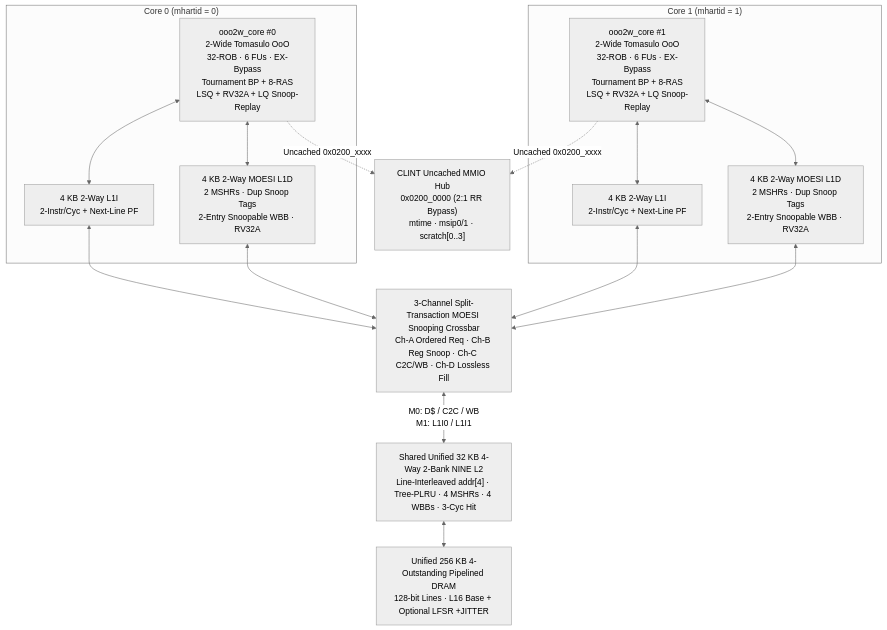
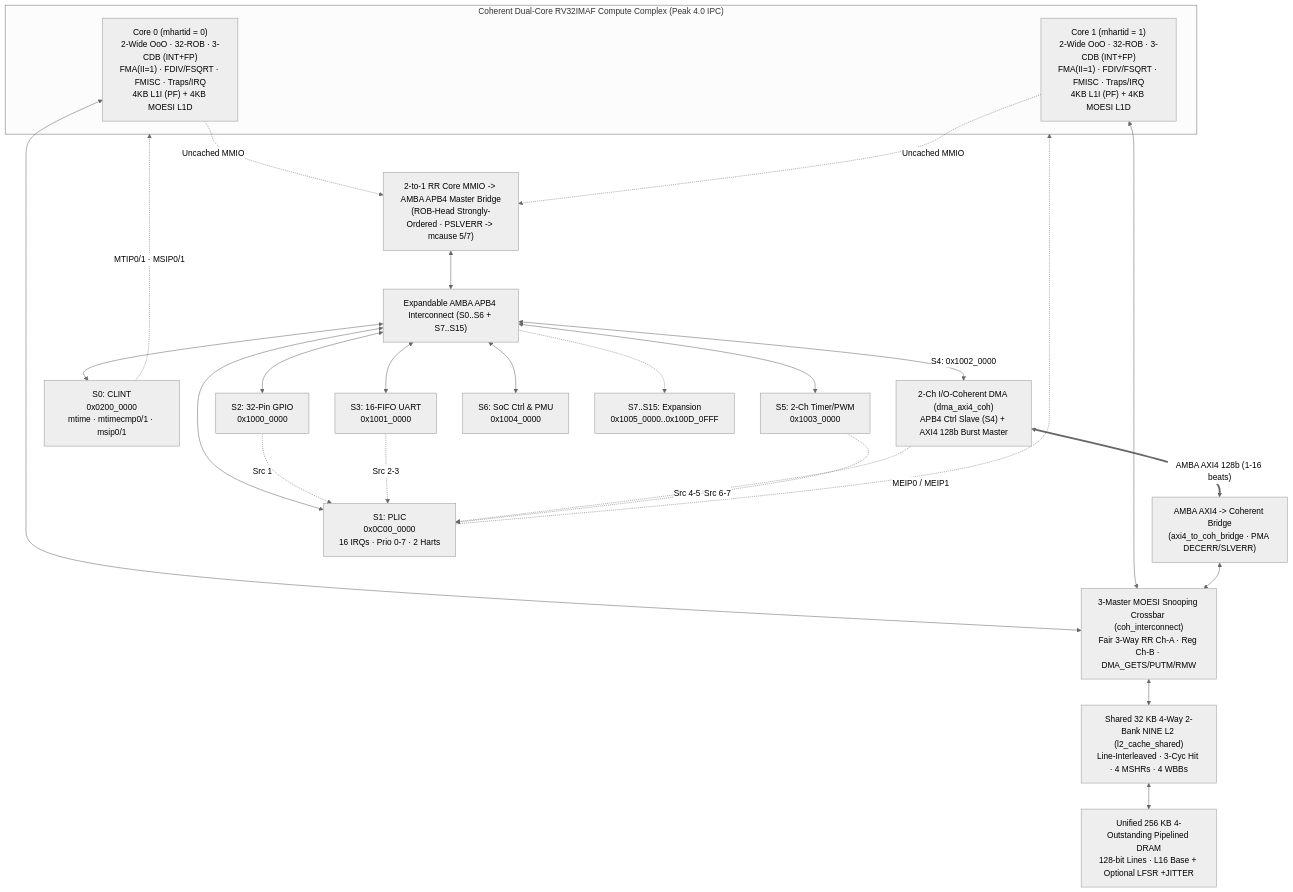
Before and after one commit to MoonisAmir10/Dual-Core-Out-of-Order-RISCV-Core: the diagram in README.md, drawn with Mermaid (neutral theme). The commit also changed other lines of this file and 3 other files, not shown here.

````diff
--- a/README.md
+++ b/README.md
@@ -24,32 +29,49 @@
 ```mermaid
 flowchart TB
-    subgraph C0["Core 0 (mhartid = 0)"]
-        CORE0["ooo2w_core #0<br/>2-Wide Tomasulo OoO<br/>32-ROB · 6 FUs · EX-Bypass<br/>Tournament BP + 8-RAS<br/>LSQ + RV32A + LQ Snoop-Replay"]
-        L1I0["4 KB 2-Way L1I<br/>2-Instr/Cyc + Next-Line PF"]
-        L1D0["4 KB 2-Way MOESI L1D<br/>2 MSHRs · Dup Snoop Tags<br/>2-Entry Snoopable WBB · RV32A"]
-        CORE0 <--> L1I0
-        CORE0 <--> L1D0
+    subgraph CORES["Coherent Dual-Core RV32IMAF Compute Complex (Peak 4.0 IPC)"]
+        C0["Core 0 (mhartid = 0)<br/>2-Wide OoO · 32-ROB · 3-CDB (INT+FP)<br/>FMA(II=1) · FDIV/FSQRT · FMISC · Traps/IRQ<br/>4KB L1I (PF) + 4KB MOESI L1D"]
+        C1["Core 1 (mhartid = 1)<br/>2-Wide OoO · 32-ROB · 3-CDB (INT+FP)<br/>FMA(II=1) · FDIV/FSQRT · FMISC · Traps/IRQ<br/>4KB L1I (PF) + 4KB MOESI L1D"]
     end
 
-    subgraph C1["Core 1 (mhartid = 1)"]
-        CORE1["ooo2w_core #1<br/>2-Wide Tomasulo OoO<br/>32-ROB · 6 FUs · EX-Bypass<br/>Tournament BP + 8-RAS<br/>LSQ + RV32A + LQ Snoop-Replay"]
-        L1I1["4 KB 2-Way L1I<br/>2-Instr/Cyc + Next-Line PF"]
-        L1D1["4 KB 2-Way MOESI L1D<br/>2 MSHRs · Dup Snoop Tags<br/>2-Entry Snoopable WBB · RV32A"]
-        CORE1 <--> L1I1
-        CORE1 <--> L1D1
-    end
-
-    CLINT["CLINT Uncached MMIO Hub<br/>0x0200_0000 (2:1 RR Bypass)<br/>mtime · msip0/1 · scratch[0..3]"]
-    XBAR["3-Channel Split-Transaction MOESI Snooping Crossbar<br/>Ch-A Ordered Req · Ch-B Reg Snoop · Ch-C C2C/WB · Ch-D Lossless Fill"]
-    L2["Shared Unified 32 KB 4-Way 2-Bank NINE L2<br/>Line-Interleaved addr[4] · Tree-PLRU · 4 MSHRs · 4 WBBs · 3-Cyc Hit"]
+    DMA["2-Ch I/O-Coherent DMA (dma_axi4_coh)<br/>APB4 Ctrl Slave (S4) + AXI4 128b Burst Master"]
+    AXIBR["AMBA AXI4 -> Coherent Bridge<br/>(axi4_to_coh_bridge · PMA DECERR/SLVERR)"]
+    XBAR["3-Master MOESI Snooping Crossbar (coh_interconnect)<br/>Fair 3-Way RR Ch-A · Reg Ch-B · DMA_GETS/PUTM/RMW"]
+    L2["Shared 32 KB 4-Way 2-Bank NINE L2 (l2_cache_shared)<br/>Line-Interleaved · 3-Cyc Hit · 4 MSHRs · 4 WBBs"]
     DRAM["Unified 256 KB 4-Outstanding Pipelined DRAM<br/>128-bit Lines · L16 Base + Optional LFSR +JITTER"]
 
-    CORE0 -. "Uncached 0x0200_xxxx" .-> CLINT
-    CORE1 -. "Uncached 0x0200_xxxx" .-> CLINT
-    L1I0 <--> XBAR
-    L1D0 <--> XBAR
-    L1I1 <--> XBAR
-    L1D1 <--> XBAR
-    XBAR <-->|"M0: D$ / C2C / WB<br/>M1: L1I0 / L1I1"| L2
-    L2 <--> DRAM
+    MMIO_BR["2-to-1 RR Core MMIO -> AMBA APB4 Master Bridge<br/>(ROB-Head Strongly-Ordered · PSLVERR -> mcause 5/7)"]
+    APB["Expandable AMBA APB4 Interconnect (S0..S6 + S7..S15)"]
+
+    CLINT["S0: CLINT<br/>0x0200_0000<br/>mtime · mtimecmp0/1 · msip0/1"]
+    PLIC["S1: PLIC<br/>0x0C00_0000<br/>16 IRQs · Prio 0-7 · 2 Harts"]
+    GPIO["S2: 32-Pin GPIO<br/>0x1000_0000"]
+    UART["S3: 16-FIFO UART<br/>0x1001_0000"]
+    TIMER["S5: 2-Ch Timer/PWM<br/>0x1003_0000"]
+    CTRL["S6: SoC Ctrl & PMU<br/>0x1004_0000"]
+    EXP["S7..S15: Expansion<br/>0x1005_0000..0x100D_0FFF"]
+
+    C0 <--> XBAR
+    C1 <--> XBAR
+    DMA <==>|"AMBA AXI4 128b (1-16 beats)"| AXIBR
+    AXIBR <--> XBAR
+    XBAR <--> L2 <--> DRAM
+
+    C0 -. "Uncached MMIO" .-> MMIO_BR
+    C1 -. "Uncached MMIO" .-> MMIO_BR
+    MMIO_BR <--> APB
+    APB <--> CLINT
+    APB <--> PLIC
+    APB <--> GPIO
+    APB <--> UART
+    APB <-->|"S4: 0x1002_0000"| DMA
+    APB <--> TIMER
+    APB <--> CTRL
+    APB -.-> EXP
+
+    GPIO -. "Src 1" .-> PLIC
+    UART -. "Src 2-3" .-> PLIC
+    DMA -. "Src 4-5" .-> PLIC
+    TIMER -. "Src 6-7" .-> PLIC
+    PLIC -. "MEIP0 / MEIP1" .-> CORES
+    CLINT -. "MTIP0/1 · MSIP0/1" .-> CORES
 ```
````
